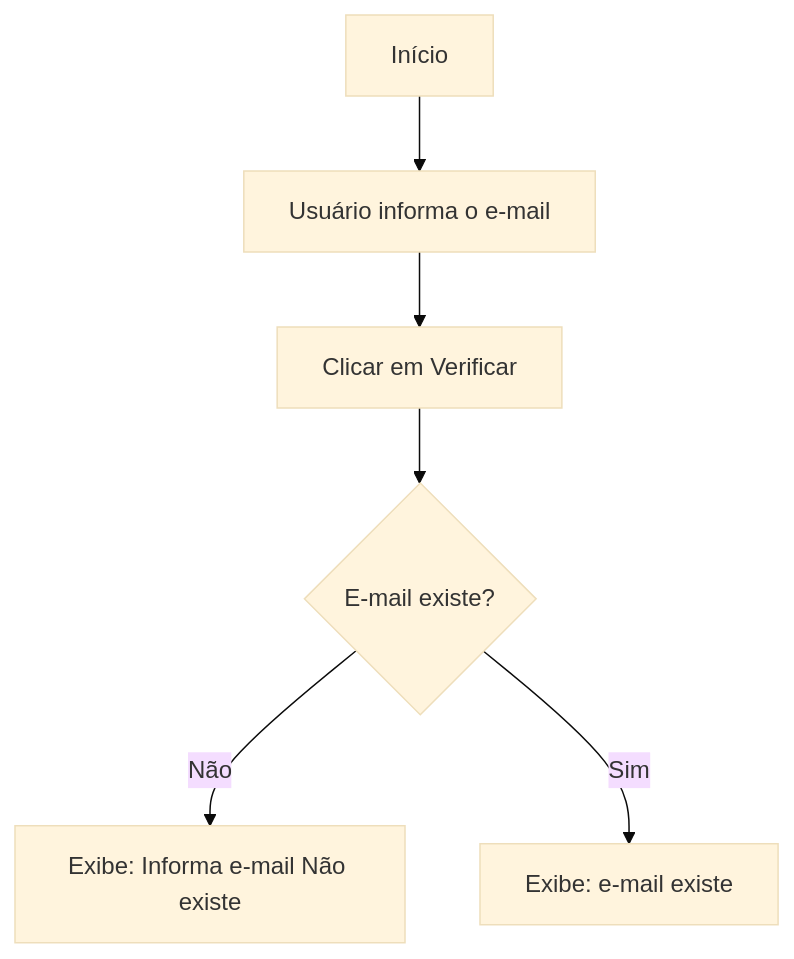
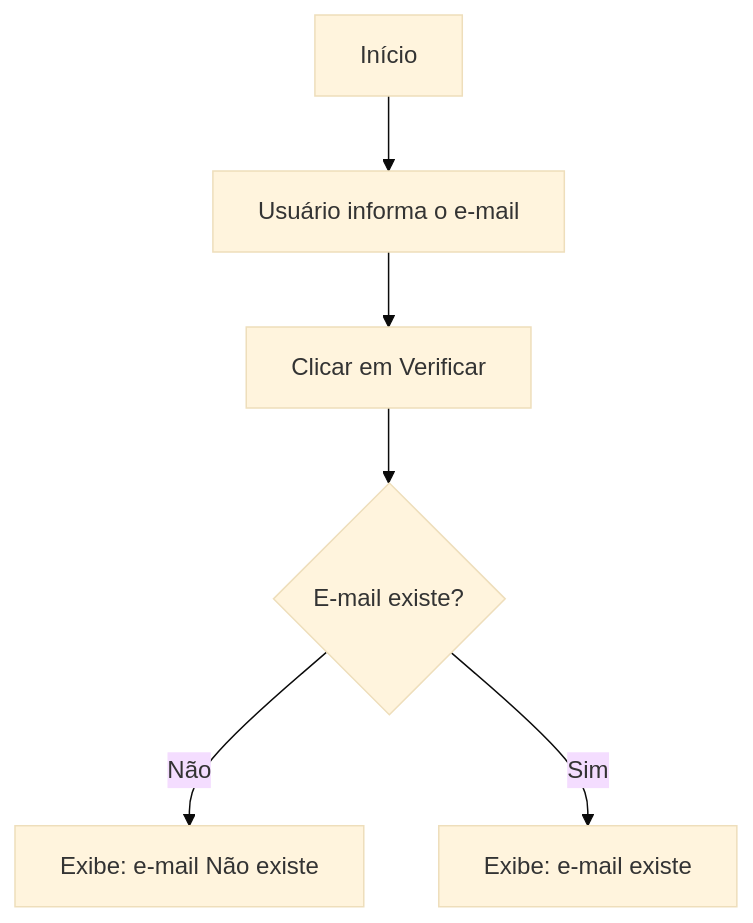
The diagram in README.md (fabio-mattos/PythonVerificaEmail), drawn with Mermaid (base theme) before and after one commit.

Commit message:
README.md

````diff
--- a/README.md
+++ b/README.md
@@ -90,10 +90,10 @@
 ```mermaid
 flowchart TD
     A[Início] --> B[Usuário informa o e-mail]
     B --> C[Clicar em Verificar]
     C --> D{E-mail existe?}
 
-    D -- Não --> E[Exibe: Informa e-mail Não existe]
+    D -- Não --> E[Exibe: e-mail Não existe]
     D -- Sim --> F[Exibe: e-mail existe ]
 
 ```
````
